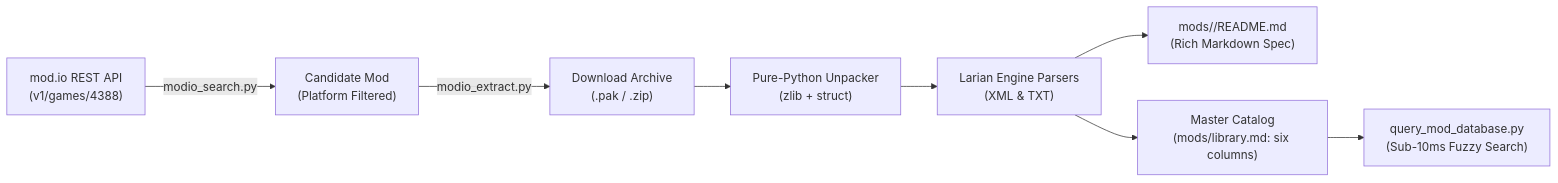
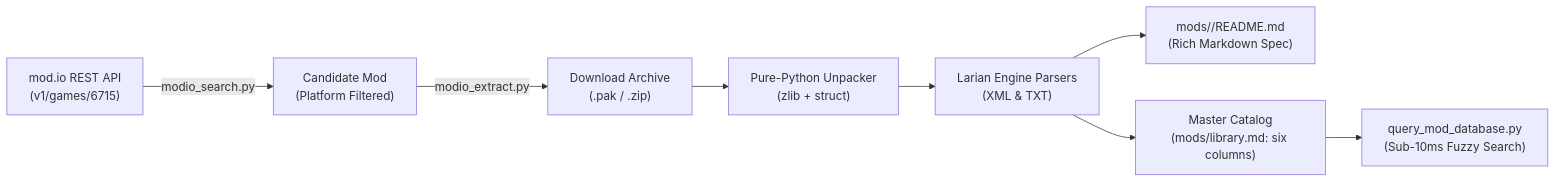
One commit to jpelton-stroud/bg3-mod-studio changed the third of 3 diagrams in docs/ARCHITECTURE.md. Above: the diagram before and after it, drawn with Mermaid. The commit also changed other lines of this file and 51 other files, not shown here.

````diff
--- a/docs/ARCHITECTURE.md
+++ b/docs/ARCHITECTURE.md
@@ -101,10 +110,10 @@
 ```mermaid
 flowchart LR
-    Remote["mod.io REST API\n(v1/games/4388)"] -->|modio_search.py| SearchResults["Candidate Mod\n(Platform Filtered)"]
+    Remote["mod.io REST API\n(v1/games/6715)"] -->|modio_search.py| SearchResults["Candidate Mod\n(Platform Filtered)"]
     SearchResults -->|modio_extract.py| DL["Download Archive\n(.pak / .zip)"]
     DL --> Extract["Pure-Python Unpacker\n(zlib + struct)"]
     Extract --> Parse["Larian Engine Parsers\n(XML & TXT)"]
     Parse --> Specs["mods/<slug>/README.md\n(Rich Markdown Spec)"]
     Parse --> Index["Master Catalog\n(mods/library.md: six columns)"]
     Index --> FastDB["query_mod_database.py\n(Sub-10ms Fuzzy Search)"]
 ```
````
